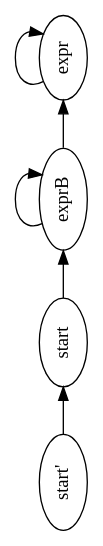
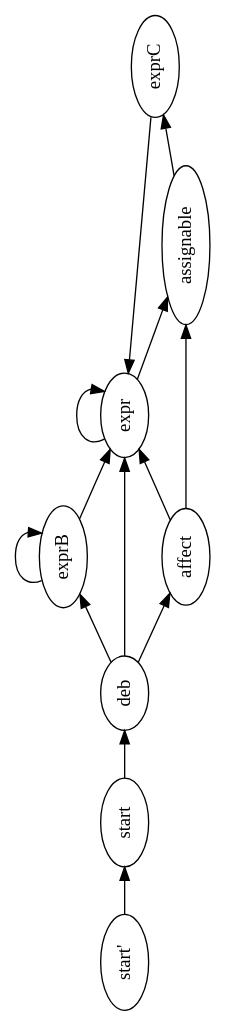
Before and after one commit to Mialus/L3: the diagram in AS/TP-as/TP3/AS-TP-2014-files/_build/arithpar.dot, drawn with Graphviz. The commit also changed 37 other files, not shown here.

```diff
--- a/AS/TP-as/TP3/AS-TP-2014-files/_build/arithpar.dot
+++ b/AS/TP-as/TP3/AS-TP-2014-files/_build/arithpar.dot
@@ -1,15 +1,27 @@
 digraph G {
 orientation = landscape;
 rankdir = LR;
 ratio = compress;
 nt0 [ label="start'" ] ;
 nt1 [ label="start" ] ;
-nt2 [ label="exprB" ] ;
-nt3 [ label="expr" ] ;
+nt2 [ label="exprC" ] ;
+nt3 [ label="exprB" ] ;
+nt4 [ label="expr" ] ;
+nt5 [ label="deb" ] ;
+nt6 [ label="assignable" ] ;
+nt7 [ label="affect" ] ;
 nt0 -> nt1 [ label="" ] ;
-nt1 -> nt2 [ label="" ] ;
-nt2 -> nt2 [ label="" ] ;
-nt2 -> nt3 [ label="" ] ;
+nt1 -> nt5 [ label="" ] ;
+nt2 -> nt4 [ label="" ] ;
 nt3 -> nt3 [ label="" ] ;
+nt3 -> nt4 [ label="" ] ;
+nt4 -> nt4 [ label="" ] ;
+nt4 -> nt6 [ label="" ] ;
+nt5 -> nt3 [ label="" ] ;
+nt5 -> nt4 [ label="" ] ;
+nt5 -> nt7 [ label="" ] ;
+nt6 -> nt2 [ label="" ] ;
+nt7 -> nt4 [ label="" ] ;
+nt7 -> nt6 [ label="" ] ;
 
 }
```
